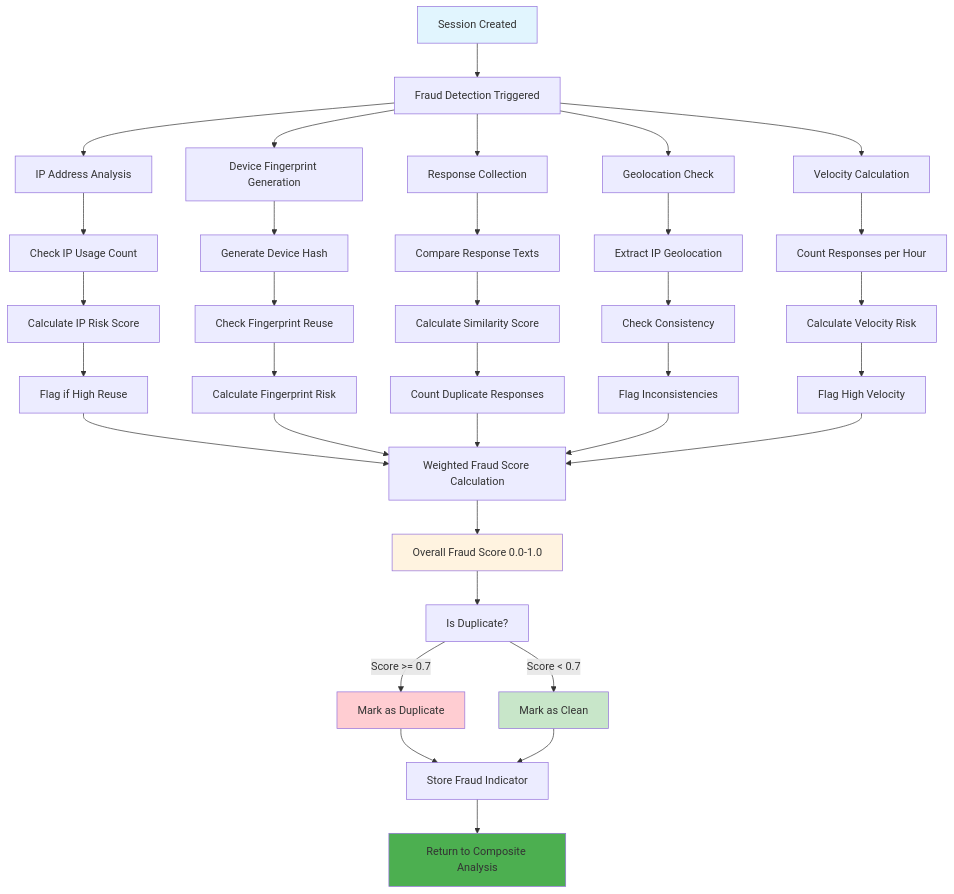
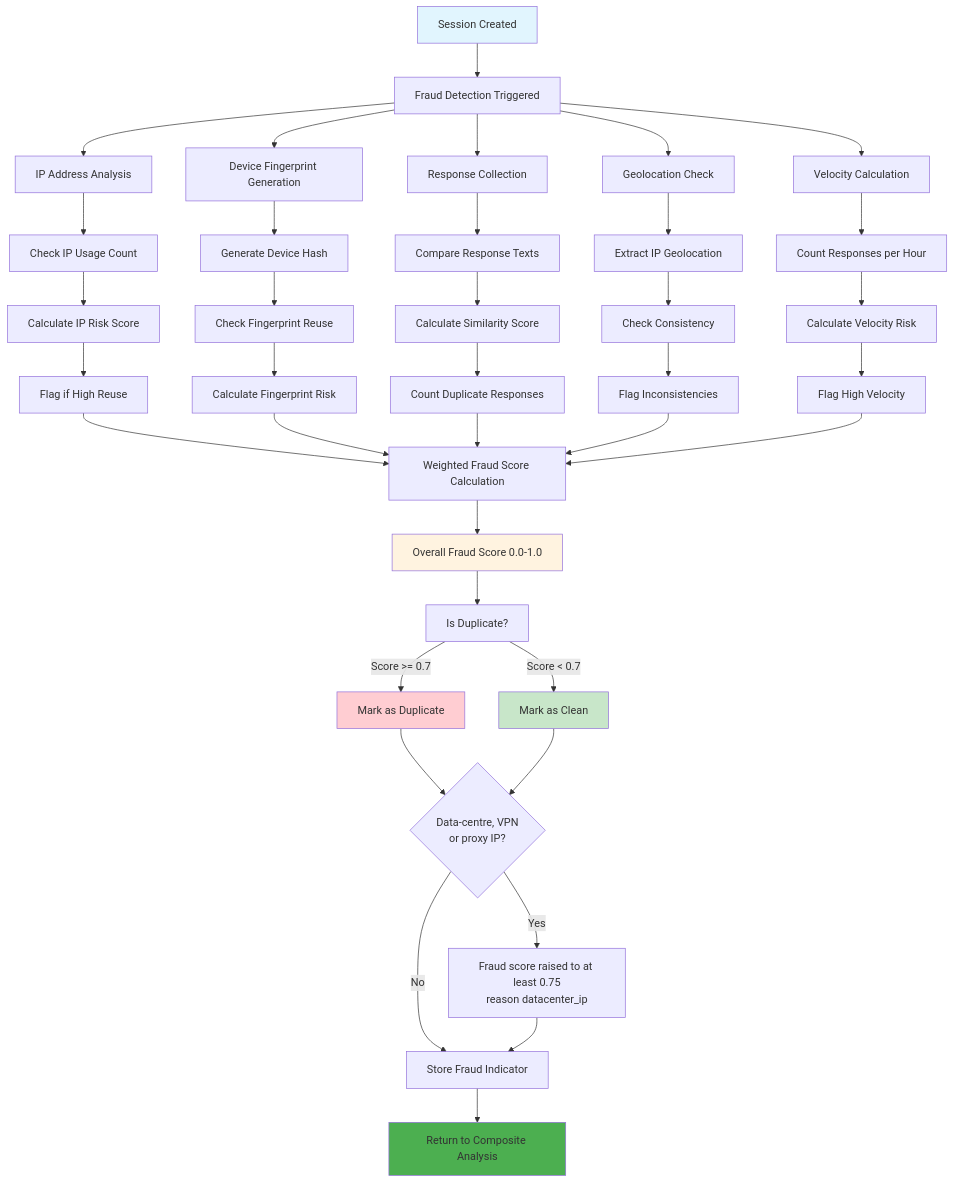
One commit to halderavik/bot_detection_live changed the fourth of 15 diagrams in bot_detection_flow.md. Above: the diagram before and after it, drawn with Mermaid. The commit also changed other lines of this file and 19 other files, not shown here.

````diff
--- a/bot_detection_flow.md
+++ b/bot_detection_flow.md
@@ -410,50 +458,53 @@
 ```mermaid
 graph TD
     A[Session Created] --> B[Fraud Detection Triggered]
     B --> C[IP Address Analysis]
     B --> D[Device Fingerprint Generation]
     B --> E[Response Collection]
     B --> F[Geolocation Check]
     B --> G[Velocity Calculation]
     
     C --> C1[Check IP Usage Count]
     C1 --> C2[Calculate IP Risk Score]
     C2 --> C3[Flag if High Reuse]
     
     D --> D1[Generate Device Hash]
     D1 --> D2[Check Fingerprint Reuse]
     D2 --> D3[Calculate Fingerprint Risk]
     
     E --> E1[Compare Response Texts]
     E1 --> E2[Calculate Similarity Score]
     E2 --> E3[Count Duplicate Responses]
     
     F --> F1[Extract IP Geolocation]
     F1 --> F2[Check Consistency]
     F2 --> F3[Flag Inconsistencies]
     
     G --> G1[Count Responses per Hour]
     G1 --> G2[Calculate Velocity Risk]
     G2 --> G3[Flag High Velocity]
     
     C3 --> H[Weighted Fraud Score Calculation]
     D3 --> H
     E3 --> H
     F3 --> H
     G3 --> H
     
     H --> I[Overall Fraud Score 0.0-1.0]
     I --> J[Is Duplicate?]
     J -->|Score >= 0.7| K[Mark as Duplicate]
     J -->|Score < 0.7| L[Mark as Clean]
     
-    K --> M[Store Fraud Indicator]
-    L --> M
+    K --> DC{Data-centre, VPN<br/>or proxy IP?}
+    L --> DC
+    DC -->|Yes| DC1[Fraud score raised to at least 0.75<br/>reason datacenter_ip]
+    DC -->|No| M[Store Fraud Indicator]
+    DC1 --> M
     M --> N[Return to Composite Analysis]
     
     style A fill:#e1f5fe
     style I fill:#fff3e0
     style K fill:#ffcdd2
     style L fill:#c8e6c9
     style N fill:#4caf50
 ```
````
